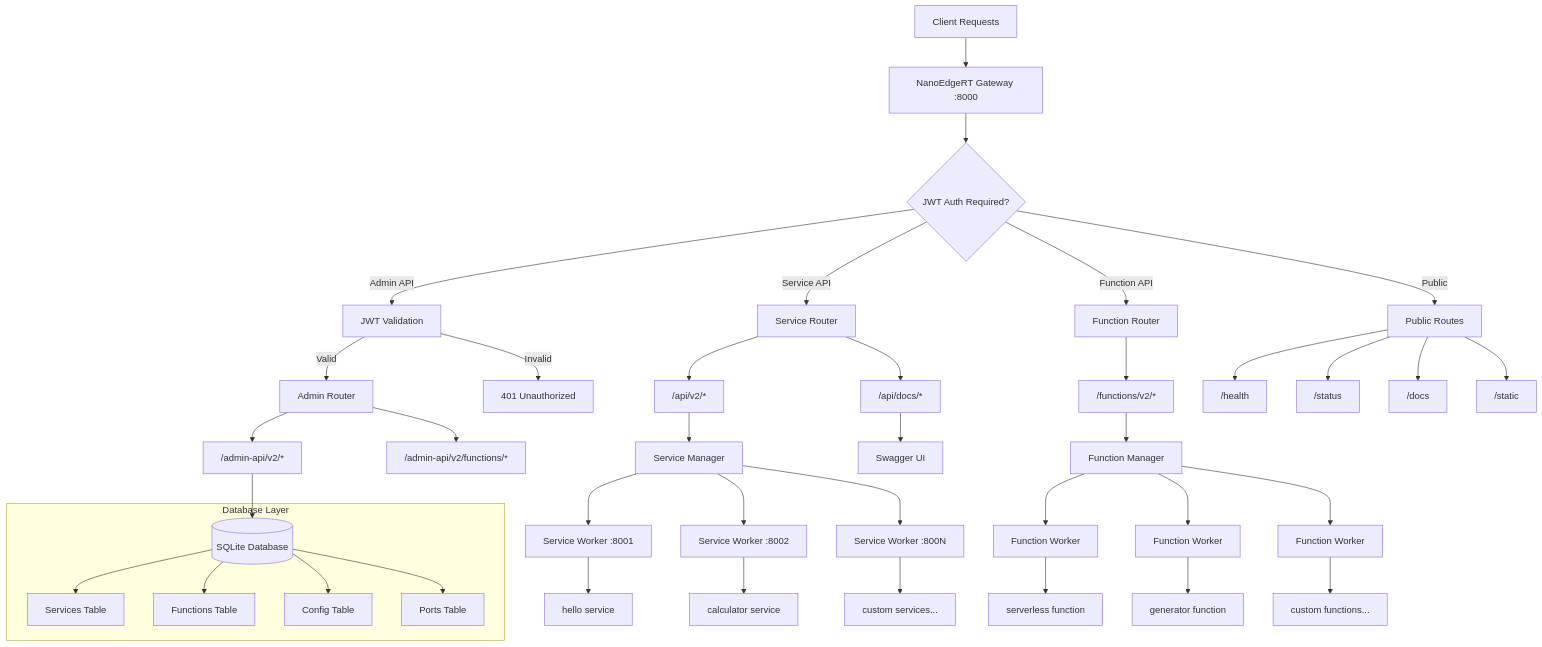
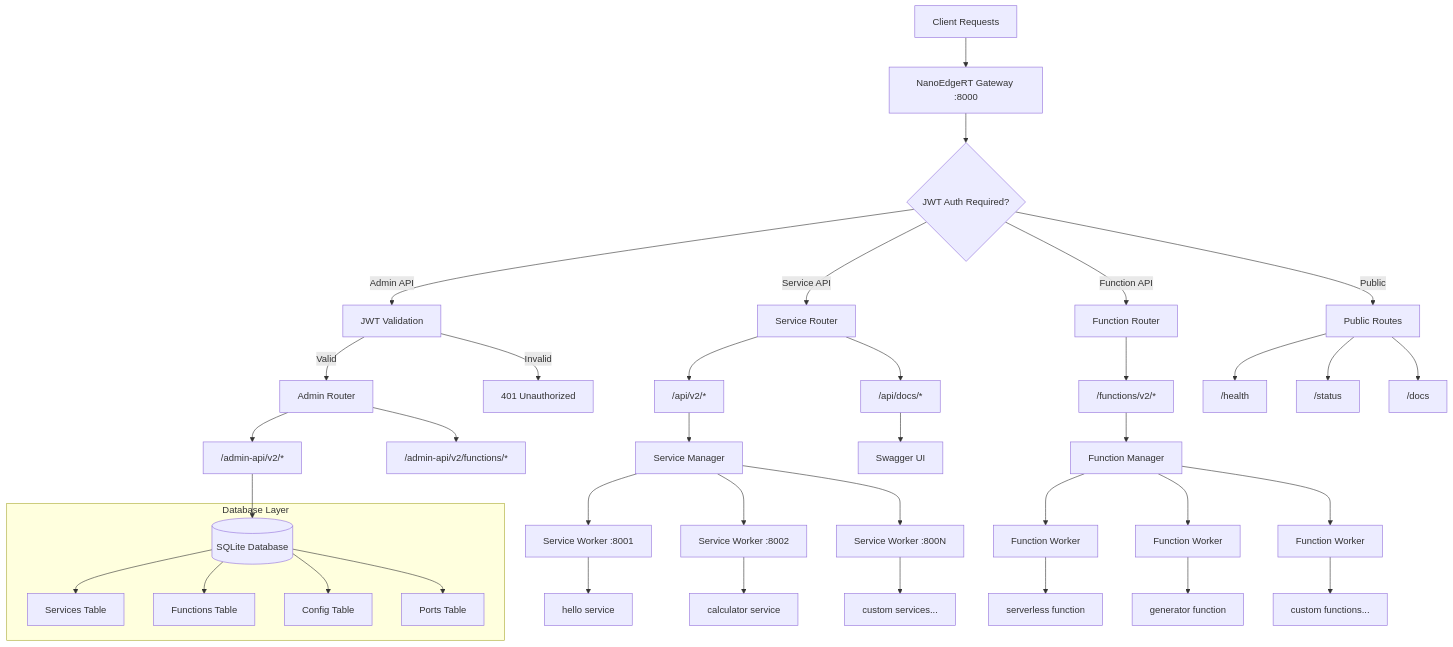
The diagram in README.md (NanoInfra/NanoEdgeRT), drawn with Mermaid before and after one commit. The commit also changed other lines of this file and 1 other file, not shown here.

````diff
--- a/README.md
+++ b/README.md
@@ -62,50 +62,49 @@
 ```mermaid
 graph TB
     Client[Client Requests] --> Gateway[NanoEdgeRT Gateway :8000]
     Gateway --> Auth{JWT Auth Required?}
     Auth -->|Admin API| JWT[JWT Validation]
     Auth -->|Service API| ServiceRouter[Service Router]
     Auth -->|Function API| FunctionRouter[Function Router]
     Auth -->|Public| PublicRouter[Public Routes]
     JWT -->|Valid| AdminRouter[Admin Router]
     JWT -->|Invalid| Error[401 Unauthorized]
     
     PublicRouter --> Health["/health"]
     PublicRouter --> Status["/status"]
     PublicRouter --> Docs["/docs"]
-    PublicRouter --> Static["/static"]
     
     AdminRouter --> AdminAPI["/admin-api/v2/*"]
     AdminRouter --> FunctionAdmin["/admin-api/v2/functions/*"]
     ServiceRouter --> ServiceAPI["/api/v2/*"]
     ServiceRouter --> ServiceDocs["/api/docs/*"]
     FunctionRouter --> FunctionAPI["/functions/v2/*"]
     
     AdminAPI --> Database[(SQLite Database)]
     ServiceAPI --> ServiceManager[Service Manager]
     FunctionAPI --> FunctionManager[Function Manager]
     ServiceDocs --> SwaggerUI[Swagger UI]
     
     ServiceManager --> Worker1[Service Worker :8001]
     ServiceManager --> Worker2[Service Worker :8002]
     ServiceManager --> WorkerN[Service Worker :800N]
     
     FunctionManager --> FuncWorker1[Function Worker]
     FunctionManager --> FuncWorker2[Function Worker]
     FunctionManager --> FuncWorkerN[Function Worker]
     
     subgraph "Database Layer"
         Database --> Services[Services Table]
         Database --> Functions[Functions Table]
         Database --> Config[Config Table]
         Database --> Ports[Ports Table]
     end
     
     Worker1 --> ServiceInstance1[hello service]
     Worker2 --> ServiceInstance2[calculator service]
     WorkerN --> ServiceInstanceN[custom services...]
     
     FuncWorker1 --> FunctionInstance1[serverless function]
     FuncWorker2 --> FunctionInstance2[generator function]
     FuncWorkerN --> FunctionInstanceN[custom functions...]
 ```
````
